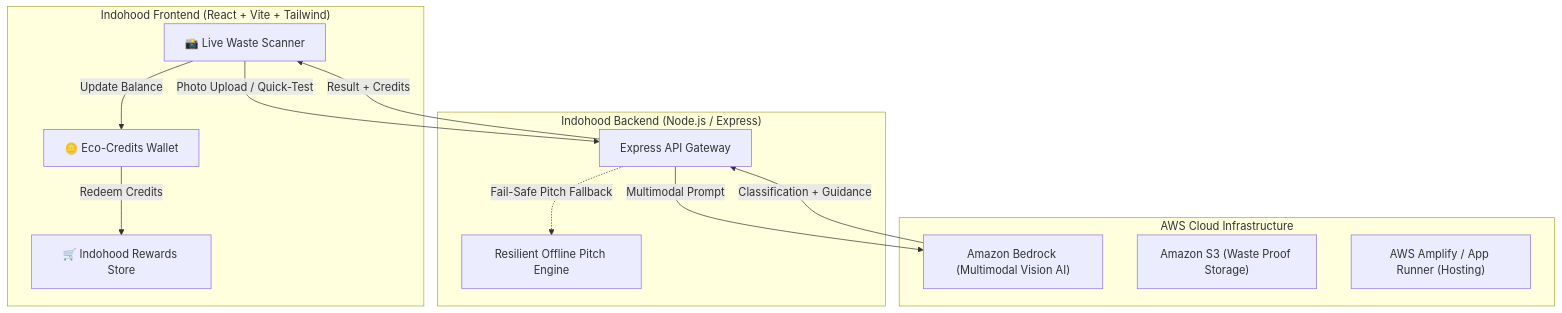
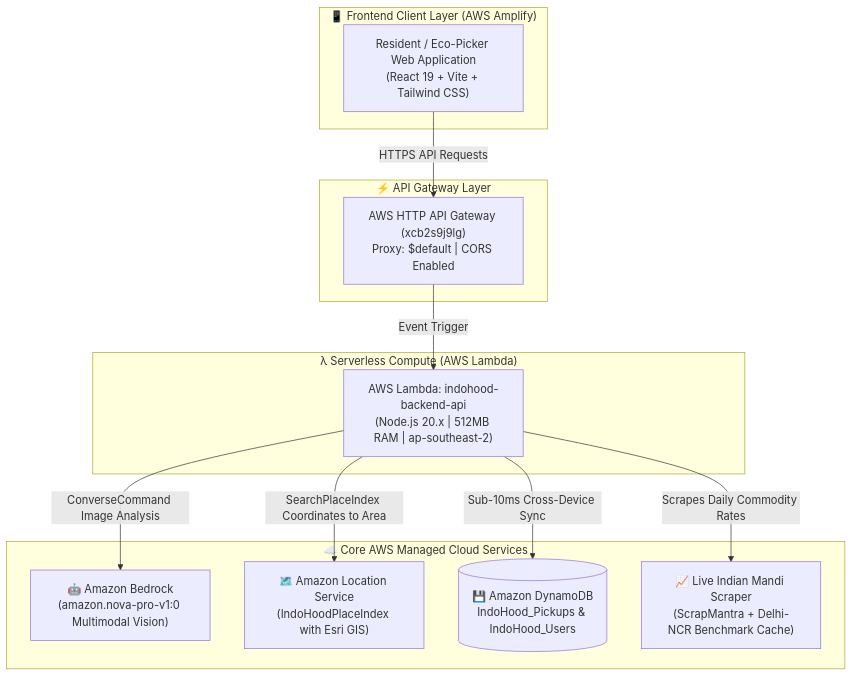
Before and after one commit to aakashshakya0001-png/Indohood: the diagram in README.md, drawn with Mermaid. The commit also changed other lines of this file, not shown here.

Commit message:
docs: update README with live AWS production endpoints, architecture diagram, and future hardware vision

````diff
--- a/README.md
+++ b/README.md
@@ -38,27 +41,28 @@
 ```mermaid
-graph TB
-    subgraph Client ["Indohood Frontend (React + Vite + Tailwind)"]
-        Scanner["📸 Live Waste Scanner"]
-        Wallet["🪙 Eco-Credits Wallet"]
-        Store["🛒 Indohood Rewards Store"]
+flowchart TD
+    subgraph ClientLayer["📱 Frontend Client Layer (AWS Amplify)"]
+        A["Resident / Eco-Picker Web Application\n(React 19 + Vite + Tailwind CSS)"]
     end
 
-    subgraph Backend ["Indohood Backend (Node.js / Express)"]
-        API["Express API Gateway"]
-        Fallback["Resilient Offline Pitch Engine"]
+    subgraph APILayer["⚡ API Gateway Layer"]
+        B["AWS HTTP API Gateway (xcb2s9j9lg)\nProxy: $default | CORS Enabled"]
     end
 
-    subgraph AWS ["AWS Cloud Infrastructure"]
-        Bedrock["Amazon Bedrock (Multimodal Vision AI)"]
-        S3["Amazon S3 (Waste Proof Storage)"]
-        Amplify["AWS Amplify / App Runner (Hosting)"]
+    subgraph ComputeLayer["λ Serverless Compute (AWS Lambda)"]
+        C["AWS Lambda: indohood-backend-api\n(Node.js 20.x | 512MB RAM | ap-southeast-2)"]
     end
 
-    Scanner -->|Photo Upload / Quick-Test| API
-    API -->|Multimodal Prompt| Bedrock
-    API -.->|Fail-Safe Pitch Fallback| Fallback
-    Bedrock -->|Classification + Guidance| API
-    API -->|Result + Credits| Scanner
-    Scanner -->|Update Balance| Wallet
-    Wallet -->|Redeem Credits| Store
+    subgraph ManagedServices["☁️ Core AWS Managed Cloud Services"]
+        D["🤖 Amazon Bedrock\n(amazon.nova-pro-v1:0 Multimodal Vision)"]
+        E["🗺️ Amazon Location Service\n(IndoHoodPlaceIndex with Esri GIS)"]
+        F[("💾 Amazon DynamoDB\nIndoHood_Pickups & IndoHood_Users")]
+        G["📈 Live Indian Mandi Scraper\n(ScrapMantra + Delhi-NCR Benchmark Cache)"]
+    end
+
+    A -->|HTTPS API Requests| B
+    B -->|Event Trigger| C
+    C -->|ConverseCommand Image Analysis| D
+    C -->|SearchPlaceIndex Coordinates to Area| E
+    C -->|Sub-10ms Cross-Device Sync| F
+    C -->|Scrapes Daily Commodity Rates| G
 ```
````
